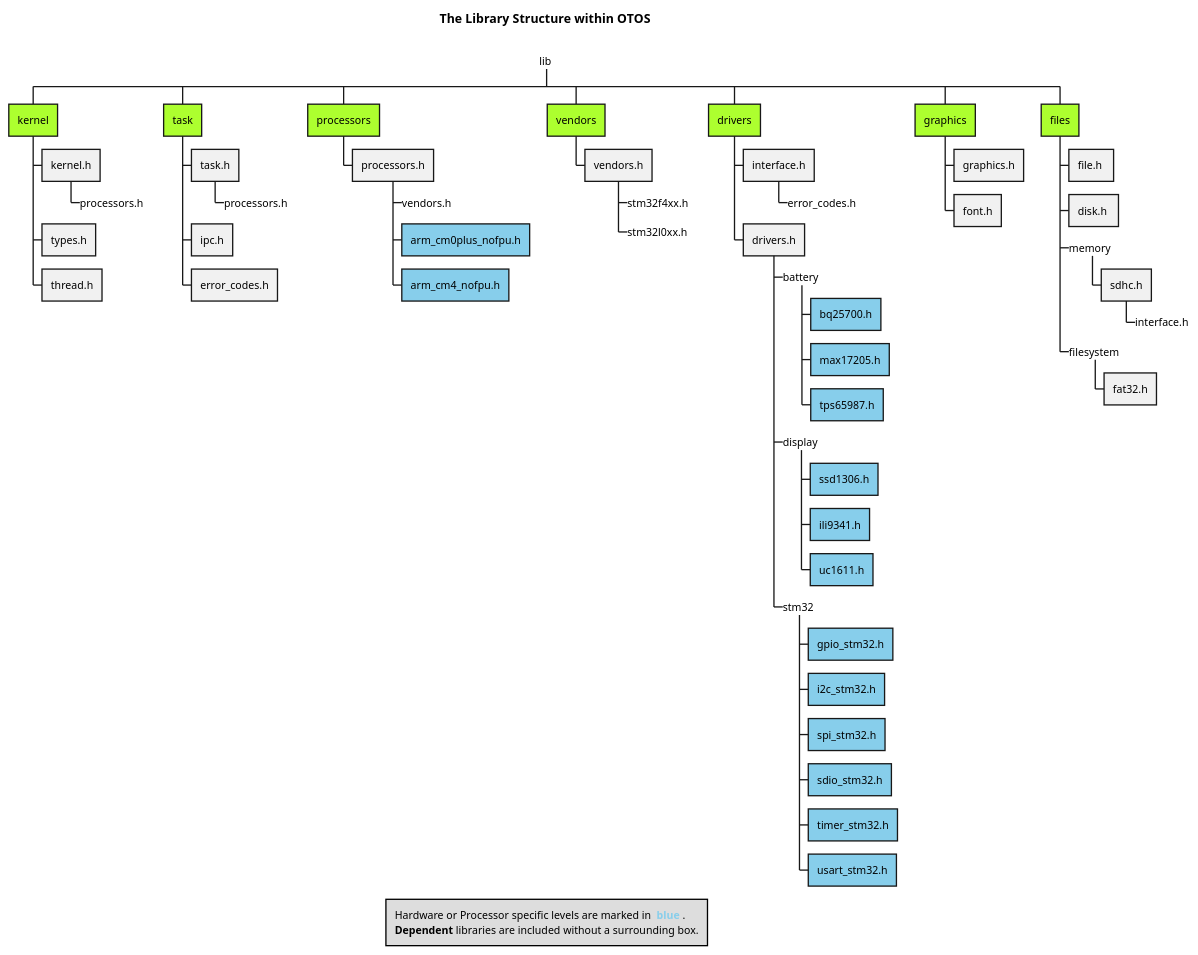
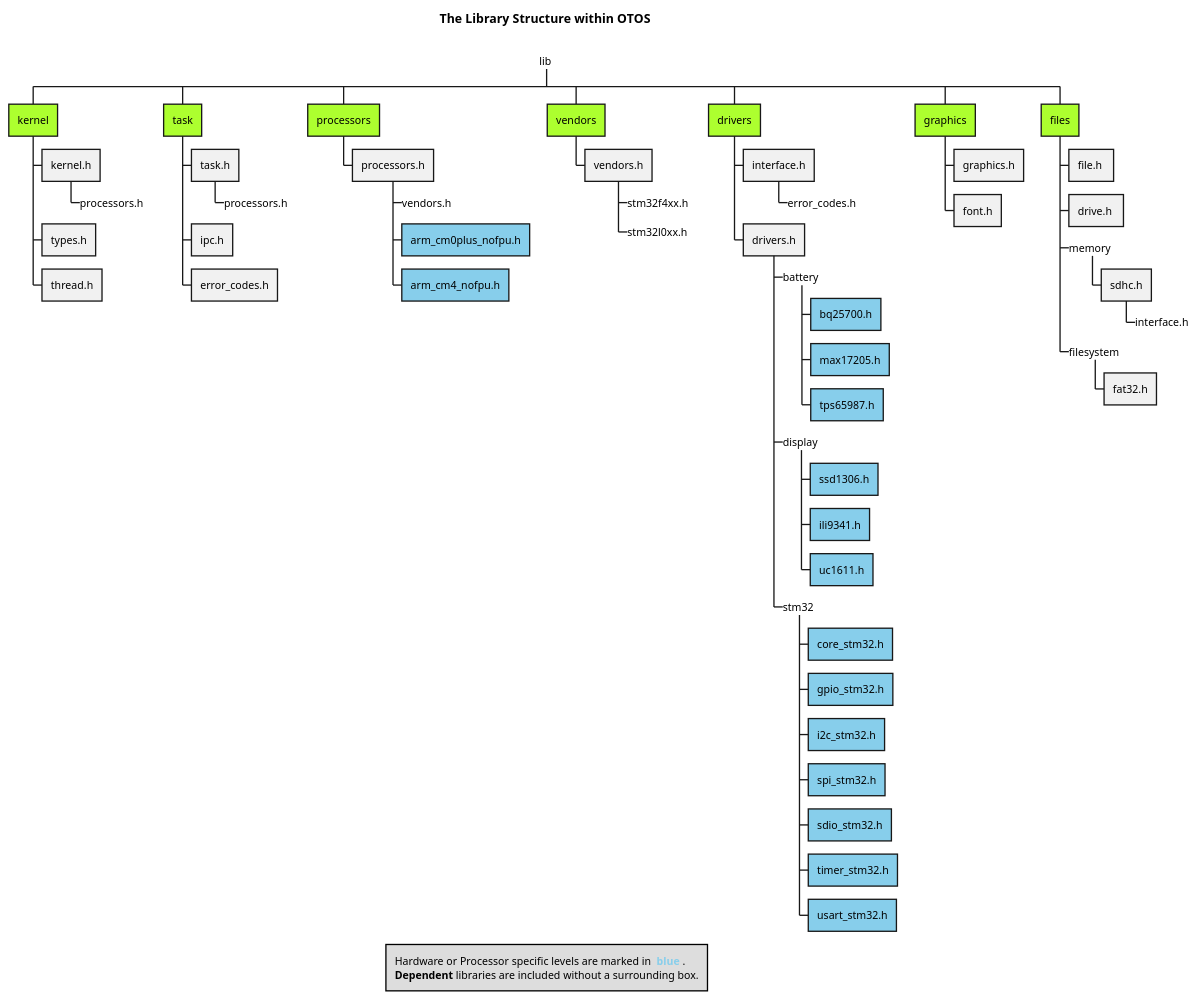
Before and after one commit to SebastianOberschwendtner/OTOS: the diagram in doc/UML/WBS_LibStructure.puml, drawn with PlantUML. The commit also changed 9 other files, not shown here.

```diff
--- a/doc/UML/WBS_LibStructure.puml
+++ b/doc/UML/WBS_LibStructure.puml
@@ -1,71 +1,72 @@
 @startwbs WBS_LibStructure
 title The Library Structure within **OTOS** \n
 legend Hardware or Processor specific levels are marked in **<color #SkyBlue> blue </color>**.\n<b>Dependent</b> libraries are included without a surrounding box.
 
 *_ lib
 
 ' === Kernel ===
 **[#GreenYellow] kernel
 *** kernel.h
 ****_ processors.h
 ' *** schedule.h
 *** types.h
 *** thread.h
 
 ' === Task ===
 **[#GreenYellow] task
 *** task.h
 ****_ processors.h
 *** ipc.h
 *** error_codes.h
 
 ' === Processors ===
 **[#GreenYellow] processors
 *** processors.h
 ****_ vendors.h
 ****[#SkyBlue] arm_cm0plus_nofpu.h
 ****[#SkyBlue] arm_cm4_nofpu.h
 
 ' === Vendors ===
 **[#GreenYellow] vendors
 *** vendors.h
 ****_ stm32f4xx.h
 ****_ stm32l0xx.h
 
 ' === Drivers ===
 **[#GreenYellow] drivers
 *** interface.h
 ****_ error_codes.h
 *** drivers.h
 ****_ battery
 *****[#SkyBlue] bq25700.h
 *****[#SkyBlue] max17205.h
 *****[#SkyBlue] tps65987.h
 ****_ display
 *****[#SkyBlue] ssd1306.h
 *****[#SkyBlue] ili9341.h
 *****[#SkyBlue] uc1611.h
 ****_ stm32
+*****[#SkyBlue] core_stm32.h
 *****[#SkyBlue] gpio_stm32.h
 *****[#SkyBlue] i2c_stm32.h
 *****[#SkyBlue] spi_stm32.h
 *****[#SkyBlue] sdio_stm32.h
 *****[#SkyBlue] timer_stm32.h
 *****[#SkyBlue] usart_stm32.h
 
 ' === Graphics ===
 **[#GreenYellow] graphics
 *** graphics.h
 *** font.h
 
 ' === Files ===
 **[#GreenYellow] files
 *** file.h 
-*** disk.h 
+*** drive.h 
 ***_ memory 
 **** sdhc.h
 *****_ interface.h
 ***_ filesystem
 **** fat32.h
 
 @endwbs
```
